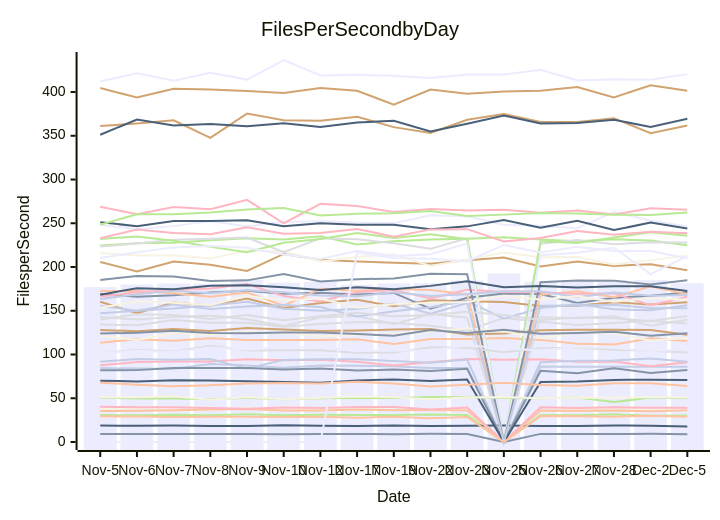
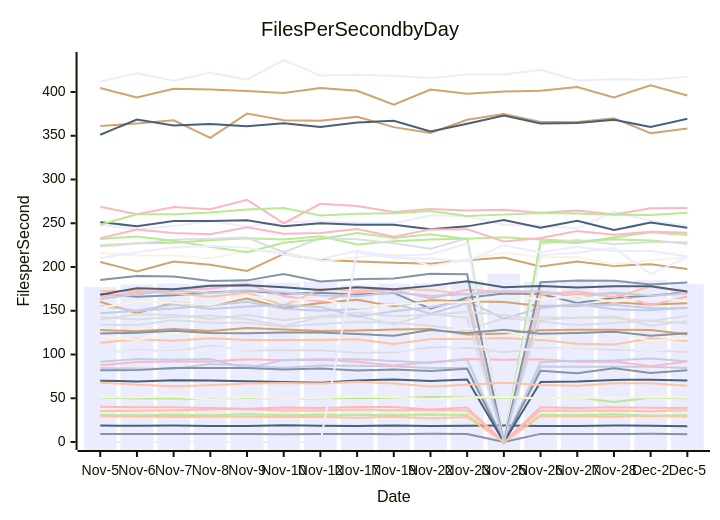
The diagram in perf-report.md (streetsidesoftware/cspell), drawn with Mermaid before and after one commit. The commit also changed other lines of this file and 1 other file, not shown here.

````diff
--- a/perf-report.md
+++ b/perf-report.md
@@ -10,57 +10,57 @@
 ```mermaid
 xychart-beta
     title Files Per Second by Day
     y-axis Files per Second
     x-axis Date [Nov-5, Nov-6, Nov-7, Nov-8, Nov-9, Nov-10, Nov-12, Nov-17, Nov-19, Nov-22, Nov-23, Nov-25, Nov-26, Nov-27, Nov-28, Dec-2, Dec-5]
-    bar [177.03, 180.02, 181.19, 180.85, 185.26, 182.11, 183.02, 179.67, 181.22, 181.55, 184.70, 192.57, 183.27, 184.75, 182.79, 184.99, 181.29]
-    line [9.14, 9.20, 9.09, 9.19, 9.27, 8.92, 9.14, 9.18, 8.84, 9.32, 9.24, 0.00, 9.27, 9.05, 9.13, 9.38, 8.92]
-    line [113.51, 117.50, 115.81, 118.63, 116.72, 116.49, 116.48, 117.45, 112.12, 117.70, 117.75, 118.80, 116.72, 112.25, 111.37, 118.51, 115.57]
-    line [142.76, 139.88, 142.79, 144.44, 140.29, 132.61, 142.45, 144.07, 134.61, 146.19, 141.96, 0.00, 142.52, 141.79, 143.85, 132.83, 139.72]
-    line [30.80, 30.49, 31.24, 30.45, 31.85, 30.57, 31.13, 30.89, 30.94, 31.34, 30.76, 0.00, 30.81, 30.58, 31.64, 29.90, 30.41]
-    line [160.31, 147.15, 159.42, 156.12, 164.10, 153.25, 158.83, 162.50, 155.26, 161.99, 161.00, 160.02, 155.33, 155.60, 159.85, 157.03, 159.59]
-    line [84.45, 83.88, 83.68, 89.12, 87.30, 84.78, 87.41, 87.06, 86.68, 84.68, 84.66, 0.00, 86.16, 86.09, 86.12, 86.10, 86.14]
-    line [87.65, 91.37, 92.01, 91.93, 94.57, 93.46, 93.94, 91.73, 87.45, 91.05, 94.79, 93.97, 94.67, 91.62, 92.04, 86.62, 91.19]
-    line [18.76, 18.55, 18.73, 18.36, 18.35, 19.12, 18.64, 18.32, 18.95, 18.34, 18.44, 18.84, 18.37, 18.41, 18.93, 18.48, 17.81]
-    line [37.67, 37.57, 37.08, 36.63, 38.88, 36.70, 37.54, 37.45, 37.05, 37.59, 38.10, 0.00, 36.55, 37.13, 38.36, 37.28, 36.58]
-    line [248.00, 243.11, 246.73, 252.50, 246.24, 251.54, 252.31, 250.79, 249.89, 259.20, 257.89, 248.21, 247.03, 244.22, 263.12, 252.89, 246.53]
-    line [169.20, 166.04, 167.77, 170.78, 172.83, 169.54, 170.69, 168.51, 170.43, 152.49, 164.76, 169.85, 169.02, 158.91, 164.95, 167.24, 170.93]
-    line [35.49, 35.63, 36.38, 37.15, 37.84, 35.87, 36.08, 37.20, 36.20, 36.44, 36.12, 0.00, 36.09, 35.82, 35.94, 35.10, 36.31]
-    line [134.26, 133.45, 139.44, 136.40, 136.32, 131.65, 134.94, 137.19, 136.33, 132.82, 127.42, 141.81, 137.38, 133.61, 136.04, 138.47, 135.41]
-    line [224.62, 227.06, 227.82, 230.59, 232.99, 231.54, 235.20, 225.87, 229.42, 231.39, 232.22, 233.95, 231.55, 229.52, 231.73, 230.37, 224.97]
-    line [205.70, 195.00, 206.27, 202.50, 195.41, 214.93, 208.44, 206.40, 204.90, 203.63, 207.69, 210.97, 200.63, 206.29, 201.28, 203.16, 196.37]
-    line [91.82, 94.84, 93.87, 94.75, 84.15, 93.85, 94.70, 94.62, 92.44, 90.51, 94.24, 0.00, 91.28, 92.74, 93.28, 95.50, 91.68]
-    line [40.28, 39.64, 39.74, 38.81, 37.90, 39.54, 38.73, 39.95, 40.00, 37.29, 39.41, 0.00, 39.61, 38.93, 39.59, 39.21, 39.05]
-    line [251.21, 246.70, 252.56, 252.48, 253.34, 246.50, 250.04, 248.32, 248.40, 243.10, 246.46, 253.84, 244.86, 252.77, 242.22, 250.75, 243.98]
-    line [216.14, 213.21, 213.46, 209.61, 218.80, 218.08, 206.42, 211.56, 214.70, 201.32, 208.63, 216.56, 211.21, 211.52, 202.80, 207.87, 212.87]
-    line [412.03, 421.51, 412.86, 422.15, 414.20, 436.61, 418.89, 419.72, 418.60, 416.16, 419.91, 420.14, 425.45, 413.25, 414.49, 414.13, 420.46]
-    line [81.93, 82.15, 84.55, 84.56, 84.50, 82.79, 84.08, 81.67, 82.81, 81.19, 83.62, 0.00, 81.43, 78.64, 84.26, 78.88, 82.16]
-    line [172.53, 172.53, 170.03, 165.93, 170.87, 155.75, 175.08, 172.86, 174.82, 173.87, 168.75, 0.00, 168.42, 172.41, 165.34, 178.00, 168.91]
-    line [223.41, 226.89, 231.20, 232.42, 233.76, 216.82, 232.75, 231.73, 227.11, 220.77, 232.83, 0.00, 226.61, 230.78, 225.94, 228.40, 228.14]
-    line [231.98, 234.98, 230.05, 223.17, 216.85, 227.77, 231.99, 238.91, 233.06, 237.44, 231.81, 0.00, 229.54, 227.35, 233.78, 239.72, 235.60]
-    line [128.10, 126.48, 129.06, 126.84, 130.40, 128.50, 126.86, 127.39, 128.53, 129.02, 122.85, 124.15, 127.61, 128.38, 128.27, 127.96, 122.56]
-    line [155.38, 149.97, 157.16, 151.98, 154.79, 156.47, 154.38, 143.43, 149.38, 154.11, 161.15, 140.96, 153.09, 157.58, 151.62, 150.61, 156.28]
-    line [166.28, 171.14, 173.72, 175.33, 180.56, 166.86, 160.67, 171.35, 173.67, 163.99, 174.13, 171.44, 171.10, 169.17, 169.92, 156.42, 165.92]
-    line [70.12, 69.24, 70.59, 70.35, 69.51, 68.69, 67.71, 70.32, 71.50, 69.84, 71.46, 0.00, 68.63, 69.18, 70.98, 71.07, 70.74]
-    line [121.32, 116.47, 124.25, 122.72, 125.93, 124.62, 120.74, 122.33, 123.30, 126.42, 130.12, 126.69, 118.47, 125.05, 124.39, 115.88, 118.95]
-    line [210.23, 216.75, 222.44, 224.03, 222.14, 214.23, 209.04, 218.60, 212.59, 214.66, 226.79, 0.00, 213.37, 216.21, 222.03, 191.91, 212.52]
-    line [185.17, 189.74, 189.19, 183.94, 184.74, 191.91, 183.56, 186.00, 187.01, 192.19, 191.67, 0.00, 182.52, 184.50, 184.37, 180.13, 184.77]
-    line [67.86, 65.51, 63.67, 64.87, 66.76, 67.56, 66.97, 68.98, 66.79, 63.49, 65.54, 67.63, 65.16, 64.17, 67.20, 67.10, 64.08]
-    line [101.54, 105.44, 103.31, 109.90, 104.67, 104.85, 104.85, 102.15, 102.24, 108.41, 107.84, 102.72, 107.24, 107.62, 105.35, 104.37, 102.33]
-    line [50.81, 49.63, 49.77, 48.97, 50.50, 48.94, 50.11, 50.42, 50.32, 51.47, 51.26, 50.21, 50.12, 50.94, 45.60, 50.75, 50.00]
-    line [361.14, 363.96, 367.65, 347.60, 375.37, 367.87, 367.07, 371.79, 359.89, 353.22, 368.32, 374.93, 365.77, 365.67, 369.95, 352.91, 361.64]
-    line [147.11, 149.93, 152.49, 155.90, 160.36, 152.28, 150.06, 152.05, 158.28, 146.52, 158.85, 0.00, 155.81, 155.95, 156.73, 153.23, 152.97]
-    line [268.91, 260.25, 268.67, 265.98, 276.77, 250.02, 272.22, 269.63, 262.78, 266.27, 264.63, 265.39, 262.12, 264.70, 259.96, 267.12, 265.34]
-    line [351.23, 368.55, 361.63, 363.56, 361.00, 364.43, 360.15, 365.05, 367.22, 354.80, 363.64, 373.17, 364.09, 364.55, 368.33, 360.08, 369.44]
-    line [51.37, 51.10, 52.20, 48.34, 51.40, 48.84, 50.71, 51.87, 51.27, 48.95, 50.74, 51.36, 50.08, 50.94, 50.51, 51.36, 50.78]
-    line [101.63, 104.36, 102.75, 108.04, 105.75, 108.53, 107.61, 103.87, 104.59, 104.39, 110.58, 106.99, 105.01, 108.35, 107.81, 104.02, 105.86]
-    line [123.91, 124.93, 127.28, 124.63, 124.24, 125.03, 125.24, 123.48, 121.57, 127.94, 124.68, 128.18, 123.81, 124.58, 126.05, 121.44, 124.18]
-    line [29.34, 29.13, 28.68, 28.99, 28.78, 28.56, 28.81, 27.61, 29.00, 27.12, 28.69, 0.00, 29.62, 29.42, 28.97, 30.07, 28.74]
-    line [140.08, 145.92, 145.09, 140.71, 145.23, 139.03, 143.66, 147.67, 143.64, 145.07, 148.78, 145.20, 139.52, 142.17, 141.34, 138.40, 144.01]
-    line [248.33, 260.33, 260.40, 262.23, 265.71, 267.34, 258.77, 260.78, 261.46, 264.14, 258.29, 259.88, 261.65, 261.27, 259.85, 259.59, 262.30]
-    line [404.53, 393.69, 403.73, 402.78, 401.18, 398.88, 404.51, 401.52, 385.51, 402.83, 398.10, 400.47, 401.59, 405.72, 393.85, 407.78, 401.37]
-    line [163.50, 168.96, 172.75, 170.15, 173.41, 171.14, 167.37, 166.50, 171.04, 166.81, 168.79, 172.43, 172.30, 165.40, 170.85, 167.09, 168.05]
-    line [232.97, 242.75, 238.83, 237.46, 245.31, 238.15, 238.92, 243.36, 234.75, 243.01, 243.28, 229.25, 233.06, 241.24, 236.91, 240.36, 238.46]
-    line [168.22, 175.85, 174.73, 178.68, 179.16, 176.80, 173.86, 176.80, 174.52, 178.44, 183.84, 176.75, 178.41, 176.49, 178.04, 178.10, 172.51]
-    line [153.47, 160.59, 159.17, 156.54, 166.82, 162.10, 163.95, 153.46, 157.33, 159.29, 160.15, 167.27, 163.00, 166.53, 160.28, 164.60, 162.53]
-    line [0.00, 0.00, 0.00, 0.00, 0.00, 0.00, 0.00, 216.65, 210.39, 209.57, 206.62, 225.23, 216.74, 223.01, 218.30, 218.24, 209.95]
+    bar [177.03, 180.02, 181.19, 180.85, 185.26, 182.11, 183.02, 179.67, 181.22, 181.55, 184.70, 192.57, 183.27, 184.75, 182.79, 184.99, 180.86]
+    line [9.14, 9.20, 9.09, 9.19, 9.27, 8.92, 9.14, 9.18, 8.84, 9.32, 9.24, 0.00, 9.27, 9.05, 9.13, 9.38, 8.86]
+    line [113.51, 117.50, 115.81, 118.63, 116.72, 116.49, 116.48, 117.45, 112.12, 117.70, 117.75, 118.80, 116.72, 112.25, 111.37, 118.51, 115.50]
+    line [142.76, 139.88, 142.79, 144.44, 140.29, 132.61, 142.45, 144.07, 134.61, 146.19, 141.96, 0.00, 142.52, 141.79, 143.85, 132.83, 138.36]
+    line [30.80, 30.49, 31.24, 30.45, 31.85, 30.57, 31.13, 30.89, 30.94, 31.34, 30.76, 0.00, 30.81, 30.58, 31.64, 29.90, 30.63]
+    line [160.31, 147.15, 159.42, 156.12, 164.10, 153.25, 158.83, 162.50, 155.26, 161.99, 161.00, 160.02, 155.33, 155.60, 159.85, 157.03, 158.70]
+    line [84.45, 83.88, 83.68, 89.12, 87.30, 84.78, 87.41, 87.06, 86.68, 84.68, 84.66, 0.00, 86.16, 86.09, 86.12, 86.10, 84.45]
+    line [87.65, 91.37, 92.01, 91.93, 94.57, 93.46, 93.94, 91.73, 87.45, 91.05, 94.79, 93.97, 94.67, 91.62, 92.04, 86.62, 91.97]
+    line [18.76, 18.55, 18.73, 18.36, 18.35, 19.12, 18.64, 18.32, 18.95, 18.34, 18.44, 18.84, 18.37, 18.41, 18.93, 18.48, 17.91]
+    line [37.67, 37.57, 37.08, 36.63, 38.88, 36.70, 37.54, 37.45, 37.05, 37.59, 38.10, 0.00, 36.55, 37.13, 38.36, 37.28, 36.55]
+    line [248.00, 243.11, 246.73, 252.50, 246.24, 251.54, 252.31, 250.79, 249.89, 259.20, 257.89, 248.21, 247.03, 244.22, 263.12, 252.89, 247.30]
+    line [169.20, 166.04, 167.77, 170.78, 172.83, 169.54, 170.69, 168.51, 170.43, 152.49, 164.76, 169.85, 169.02, 158.91, 164.95, 167.24, 171.12]
+    line [35.49, 35.63, 36.38, 37.15, 37.84, 35.87, 36.08, 37.20, 36.20, 36.44, 36.12, 0.00, 36.09, 35.82, 35.94, 35.10, 36.40]
+    line [134.26, 133.45, 139.44, 136.40, 136.32, 131.65, 134.94, 137.19, 136.33, 132.82, 127.42, 141.81, 137.38, 133.61, 136.04, 138.47, 135.71]
+    line [224.62, 227.06, 227.82, 230.59, 232.99, 231.54, 235.20, 225.87, 229.42, 231.39, 232.22, 233.95, 231.55, 229.52, 231.73, 230.37, 226.75]
+    line [205.70, 195.00, 206.27, 202.50, 195.41, 214.93, 208.44, 206.40, 204.90, 203.63, 207.69, 210.97, 200.63, 206.29, 201.28, 203.16, 197.69]
+    line [91.82, 94.84, 93.87, 94.75, 84.15, 93.85, 94.70, 94.62, 92.44, 90.51, 94.24, 0.00, 91.28, 92.74, 93.28, 95.50, 92.21]
+    line [40.28, 39.64, 39.74, 38.81, 37.90, 39.54, 38.73, 39.95, 40.00, 37.29, 39.41, 0.00, 39.61, 38.93, 39.59, 39.21, 38.95]
+    line [251.21, 246.70, 252.56, 252.48, 253.34, 246.50, 250.04, 248.32, 248.40, 243.10, 246.46, 253.84, 244.86, 252.77, 242.22, 250.75, 244.77]
+    line [216.14, 213.21, 213.46, 209.61, 218.80, 218.08, 206.42, 211.56, 214.70, 201.32, 208.63, 216.56, 211.21, 211.52, 202.80, 207.87, 211.25]
+    line [412.03, 421.51, 412.86, 422.15, 414.20, 436.61, 418.89, 419.72, 418.60, 416.16, 419.91, 420.14, 425.45, 413.25, 414.49, 414.13, 417.32]
+    line [81.93, 82.15, 84.55, 84.56, 84.50, 82.79, 84.08, 81.67, 82.81, 81.19, 83.62, 0.00, 81.43, 78.64, 84.26, 78.88, 82.13]
+    line [172.53, 172.53, 170.03, 165.93, 170.87, 155.75, 175.08, 172.86, 174.82, 173.87, 168.75, 0.00, 168.42, 172.41, 165.34, 178.00, 170.24]
+    line [223.41, 226.89, 231.20, 232.42, 233.76, 216.82, 232.75, 231.73, 227.11, 220.77, 232.83, 0.00, 226.61, 230.78, 225.94, 228.40, 228.42]
+    line [231.98, 234.98, 230.05, 223.17, 216.85, 227.77, 231.99, 238.91, 233.06, 237.44, 231.81, 0.00, 229.54, 227.35, 233.78, 239.72, 236.67]
+    line [128.10, 126.48, 129.06, 126.84, 130.40, 128.50, 126.86, 127.39, 128.53, 129.02, 122.85, 124.15, 127.61, 128.38, 128.27, 127.96, 123.07]
+    line [155.38, 149.97, 157.16, 151.98, 154.79, 156.47, 154.38, 143.43, 149.38, 154.11, 161.15, 140.96, 153.09, 157.58, 151.62, 150.61, 153.46]
+    line [166.28, 171.14, 173.72, 175.33, 180.56, 166.86, 160.67, 171.35, 173.67, 163.99, 174.13, 171.44, 171.10, 169.17, 169.92, 156.42, 166.33]
+    line [70.12, 69.24, 70.59, 70.35, 69.51, 68.69, 67.71, 70.32, 71.50, 69.84, 71.46, 0.00, 68.63, 69.18, 70.98, 71.07, 70.27]
+    line [121.32, 116.47, 124.25, 122.72, 125.93, 124.62, 120.74, 122.33, 123.30, 126.42, 130.12, 126.69, 118.47, 125.05, 124.39, 115.88, 118.39]
+    line [210.23, 216.75, 222.44, 224.03, 222.14, 214.23, 209.04, 218.60, 212.59, 214.66, 226.79, 0.00, 213.37, 216.21, 222.03, 191.91, 211.40]
+    line [185.17, 189.74, 189.19, 183.94, 184.74, 191.91, 183.56, 186.00, 187.01, 192.19, 191.67, 0.00, 182.52, 184.50, 184.37, 180.13, 182.27]
+    line [67.86, 65.51, 63.67, 64.87, 66.76, 67.56, 66.97, 68.98, 66.79, 63.49, 65.54, 67.63, 65.16, 64.17, 67.20, 67.10, 64.34]
+    line [101.54, 105.44, 103.31, 109.90, 104.67, 104.85, 104.85, 102.15, 102.24, 108.41, 107.84, 102.72, 107.24, 107.62, 105.35, 104.37, 103.06]
+    line [50.81, 49.63, 49.77, 48.97, 50.50, 48.94, 50.11, 50.42, 50.32, 51.47, 51.26, 50.21, 50.12, 50.94, 45.60, 50.75, 50.03]
+    line [361.14, 363.96, 367.65, 347.60, 375.37, 367.87, 367.07, 371.79, 359.89, 353.22, 368.32, 374.93, 365.77, 365.67, 369.95, 352.91, 358.41]
+    line [147.11, 149.93, 152.49, 155.90, 160.36, 152.28, 150.06, 152.05, 158.28, 146.52, 158.85, 0.00, 155.81, 155.95, 156.73, 153.23, 152.74]
+    line [268.91, 260.25, 268.67, 265.98, 276.77, 250.02, 272.22, 269.63, 262.78, 266.27, 264.63, 265.39, 262.12, 264.70, 259.96, 267.12, 267.54]
+    line [351.23, 368.55, 361.63, 363.56, 361.00, 364.43, 360.15, 365.05, 367.22, 354.80, 363.64, 373.17, 364.09, 364.55, 368.33, 360.08, 369.35]
+    line [51.37, 51.10, 52.20, 48.34, 51.40, 48.84, 50.71, 51.87, 51.27, 48.95, 50.74, 51.36, 50.08, 50.94, 50.51, 51.36, 50.85]
+    line [101.63, 104.36, 102.75, 108.04, 105.75, 108.53, 107.61, 103.87, 104.59, 104.39, 110.58, 106.99, 105.01, 108.35, 107.81, 104.02, 106.94]
+    line [123.91, 124.93, 127.28, 124.63, 124.24, 125.03, 125.24, 123.48, 121.57, 127.94, 124.68, 128.18, 123.81, 124.58, 126.05, 121.44, 124.27]
+    line [29.34, 29.13, 28.68, 28.99, 28.78, 28.56, 28.81, 27.61, 29.00, 27.12, 28.69, 0.00, 29.62, 29.42, 28.97, 30.07, 28.83]
+    line [140.08, 145.92, 145.09, 140.71, 145.23, 139.03, 143.66, 147.67, 143.64, 145.07, 148.78, 145.20, 139.52, 142.17, 141.34, 138.40, 144.20]
+    line [248.33, 260.33, 260.40, 262.23, 265.71, 267.34, 258.77, 260.78, 261.46, 264.14, 258.29, 259.88, 261.65, 261.27, 259.85, 259.59, 261.91]
+    line [404.53, 393.69, 403.73, 402.78, 401.18, 398.88, 404.51, 401.52, 385.51, 402.83, 398.10, 400.47, 401.59, 405.72, 393.85, 407.78, 396.11]
+    line [163.50, 168.96, 172.75, 170.15, 173.41, 171.14, 167.37, 166.50, 171.04, 166.81, 168.79, 172.43, 172.30, 165.40, 170.85, 167.09, 169.78]
+    line [232.97, 242.75, 238.83, 237.46, 245.31, 238.15, 238.92, 243.36, 234.75, 243.01, 243.28, 229.25, 233.06, 241.24, 236.91, 240.36, 239.27]
+    line [168.22, 175.85, 174.73, 178.68, 179.16, 176.80, 173.86, 176.80, 174.52, 178.44, 183.84, 176.75, 178.41, 176.49, 178.04, 178.10, 172.07]
+    line [153.47, 160.59, 159.17, 156.54, 166.82, 162.10, 163.95, 153.46, 157.33, 159.29, 160.15, 167.27, 163.00, 166.53, 160.28, 164.60, 161.29]
+    line [0.00, 0.00, 0.00, 0.00, 0.00, 0.00, 0.00, 216.65, 210.39, 209.57, 206.62, 225.23, 216.74, 223.01, 218.30, 218.24, 211.89]
 ```
````
